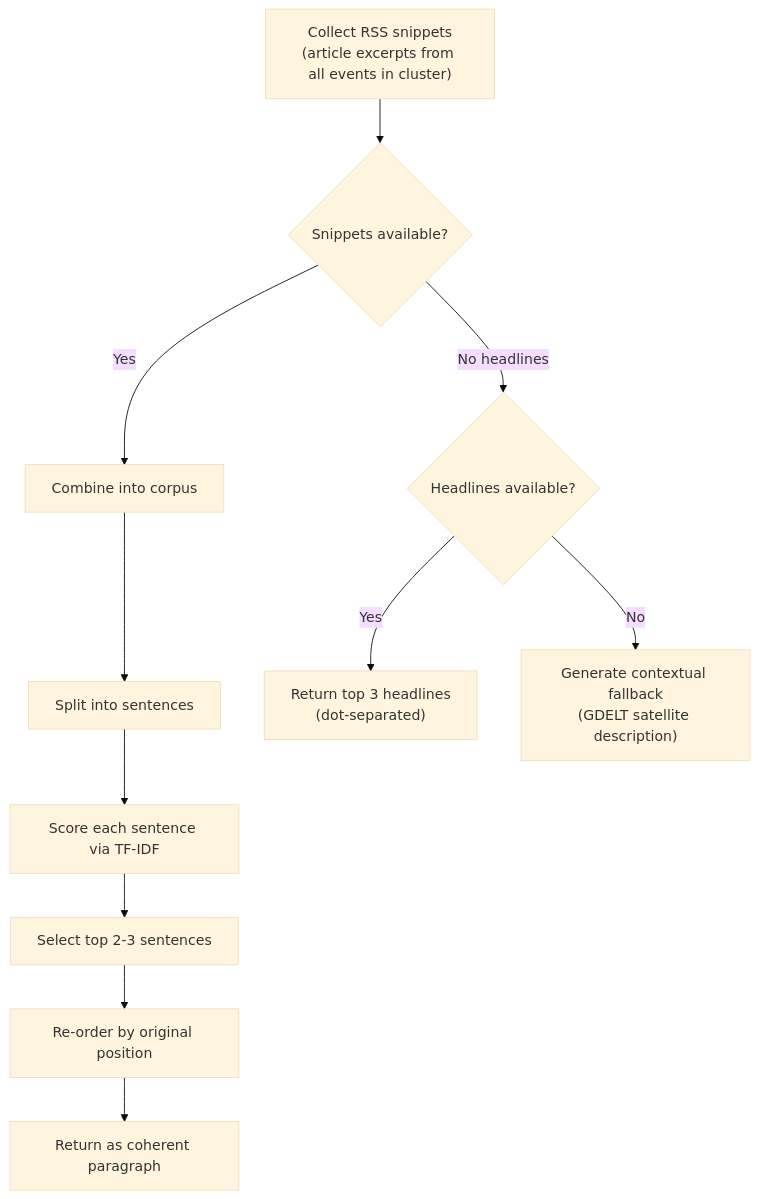
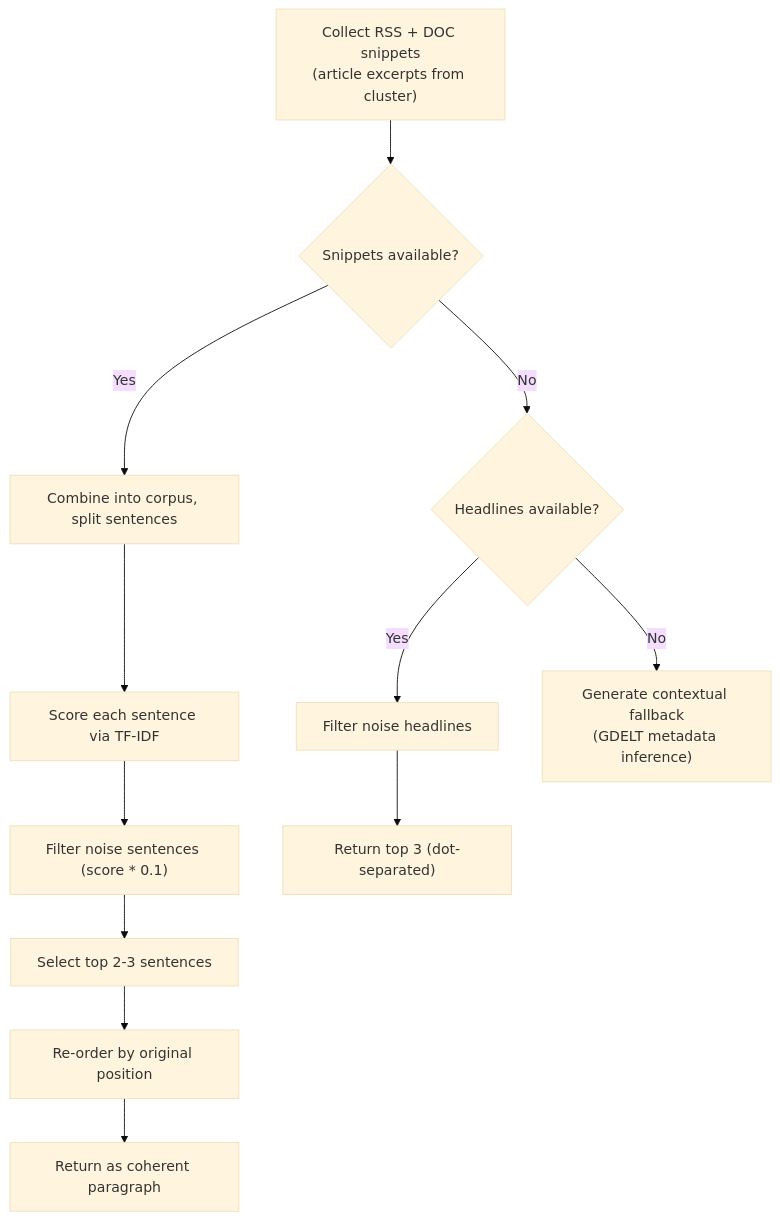
One commit to ashioyajotham/global-activity-monitor changed the second of 2 diagrams in README.md. Above: the diagram before and after it, drawn with Mermaid (base theme). The commit also changed other lines of this file and 11 other files, not shown here.

````diff
--- a/README.md
+++ b/README.md
@@ -143,14 +184,15 @@
 ```mermaid
 flowchart TD
-    A["Collect RSS snippets<br/>(article excerpts from all events in cluster)"] --> B{"Snippets available?"}
-    B -->|Yes| C["Combine into corpus"]
-    C --> D["Split into sentences"]
-    D --> E["Score each sentence via TF-IDF"]
+    A["Collect RSS + DOC snippets<br/>(article excerpts from cluster)"] --> B{"Snippets available?"}
+    B -->|Yes| C["Combine into corpus, split sentences"]
+    C --> D["Score each sentence via TF-IDF"]
+    D --> E["Filter noise sentences (score * 0.1)"]
     E --> F["Select top 2-3 sentences"]
     F --> G["Re-order by original position"]
     G --> H["Return as coherent paragraph"]
 
-    B -->|No headlines| I{"Headlines available?"}
-    I -->|Yes| J["Return top 3 headlines<br/>(dot-separated)"]
-    I -->|No| K["Generate contextual fallback<br/>(GDELT satellite description)"]
+    B -->|No| I{"Headlines available?"}
+    I -->|Yes| J["Filter noise headlines"]
+    J --> K["Return top 3 (dot-separated)"]
+    I -->|No| L["Generate contextual fallback<br/>(GDELT metadata inference)"]
 ```
````
